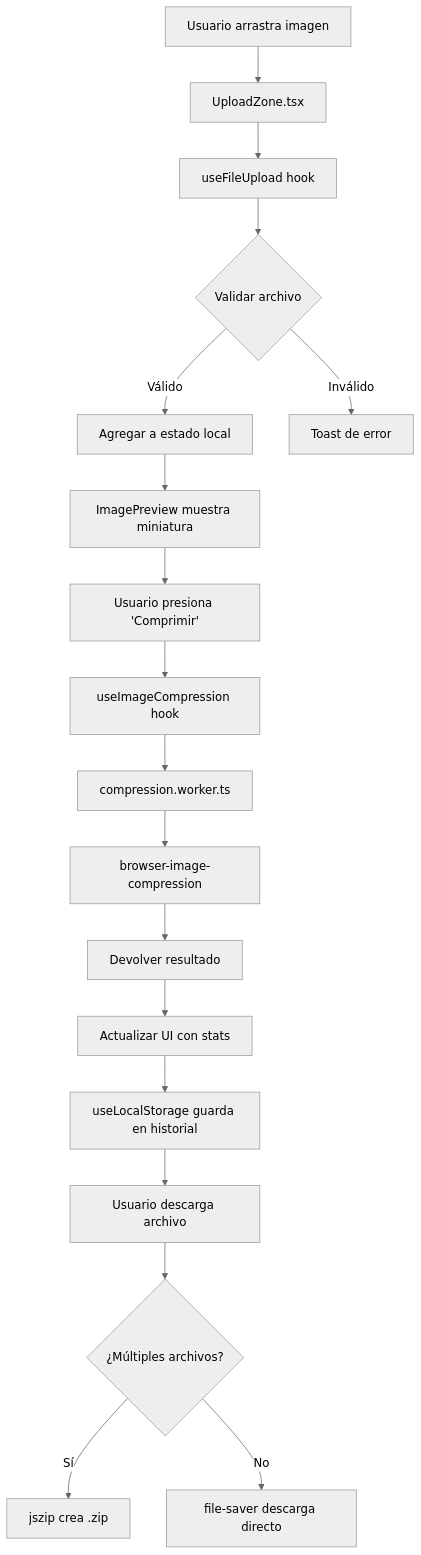
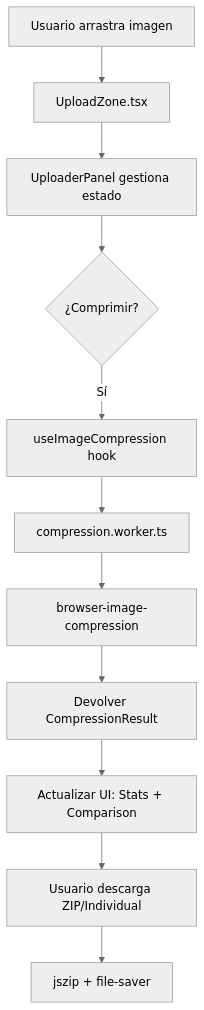
One commit to JosueMM01/pixel-crunch changed the diagram in docs/ARCHITECTURE.md. Above: the diagram before and after it, drawn with Mermaid (neutral theme). The commit also changed other lines of this file and 5 other files, not shown here.

Commit message:
docs(project): alinear guias y roadmap de fases

````diff
--- a/docs/ARCHITECTURE.md
+++ b/docs/ARCHITECTURE.md
@@ -58,20 +54,13 @@
 ```mermaid
 graph TD
     A[Usuario arrastra imagen] --> B[UploadZone.tsx]
-    B --> C[useFileUpload hook]
-    C --> D{Validar archivo}
-    D -->|Válido| E[Agregar a estado local]
-    D -->|Inválido| F[Toast de error]
-    E --> G[ImagePreview muestra miniatura]
-    G --> H[Usuario presiona 'Comprimir']
-    H --> I[useImageCompression hook]
-    I --> J[compression.worker.ts]
-    J --> K[browser-image-compression]
-    K --> L[Devolver resultado]
-    L --> M[Actualizar UI con stats]
-    M --> N[useLocalStorage guarda en historial]
-    N --> O[Usuario descarga archivo]
-    O --> P{¿Múltiples archivos?}
-    P -->|Sí| Q[jszip crea .zip]
-    P -->|No| R[file-saver descarga directo]
+    B --> C[UploaderPanel gestiona estado]
+    C --> D{¿Comprimir?}
+    D -->|Sí| E[useImageCompression hook]
+    E --> F[compression.worker.ts]
+    F --> G[browser-image-compression]
+    G --> H[Devolver CompressionResult]
+    H --> I[Actualizar UI: Stats + Comparison]
+    I --> J[Usuario descarga ZIP/Individual]
+    J --> K[jszip + file-saver]
 ```
````
